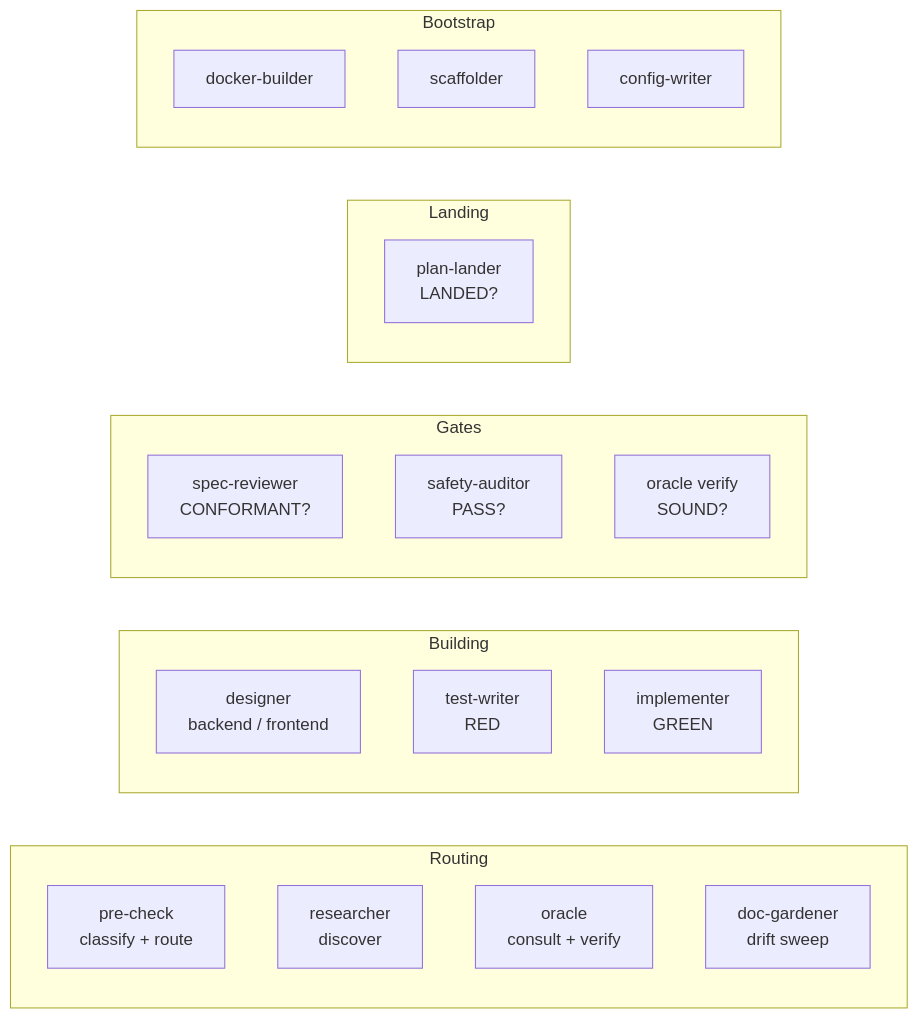
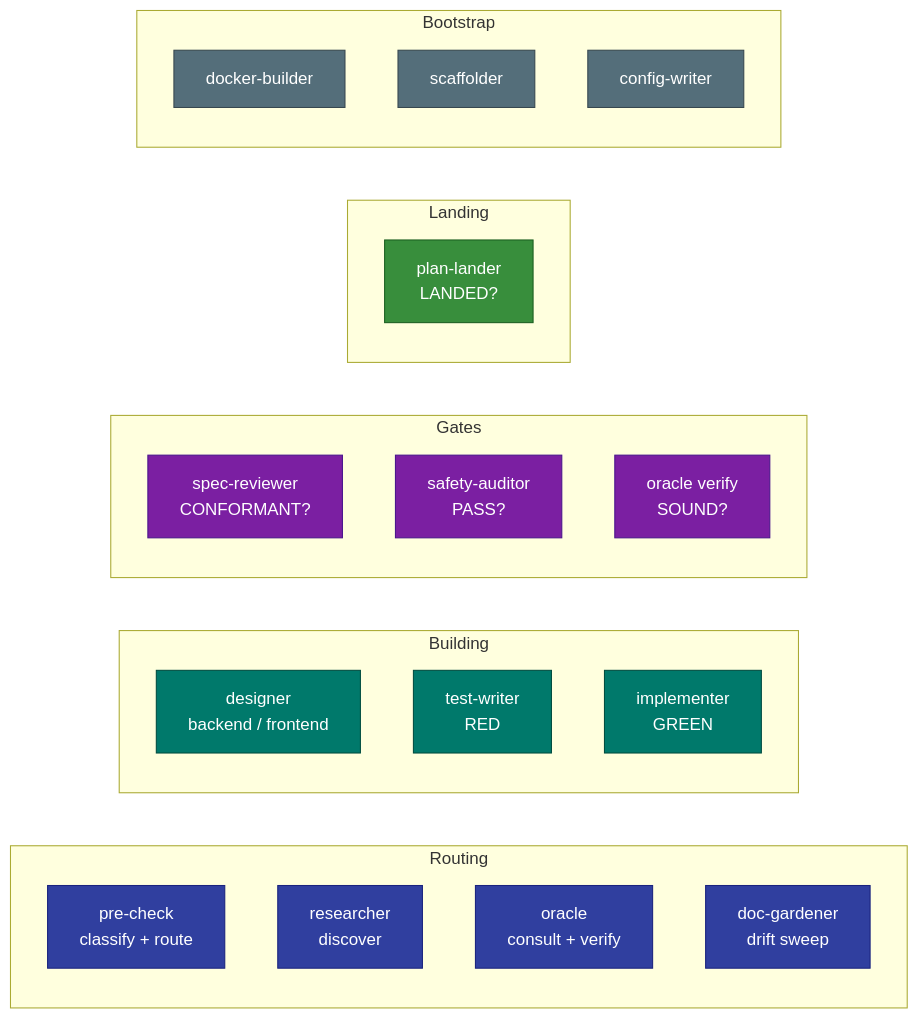
The second of 5 diagrams in docs/HOW-IT-WORKS.md (TejGandham/keel), drawn with Mermaid before and after one commit. The commit also changed other lines of this file and 2 other files, not shown here.

First line of the commit message:
docs: consistent saturated color palette across all Mermaid diagrams

````diff
--- a/docs/HOW-IT-WORKS.md
+++ b/docs/HOW-IT-WORKS.md
@@ -50,31 +60,46 @@
 ```mermaid
 graph LR
     subgraph Routing
         PC2[pre-check<br/>classify + route]
         RS[researcher<br/>discover]
         OR[oracle<br/>consult + verify]
         DG[doc-gardener<br/>drift sweep]
     end
 
     subgraph Building
         DE[designer<br/>backend / frontend]
         TW2[test-writer<br/>RED]
         IM[implementer<br/>GREEN]
     end
 
     subgraph Gates
         SR2[spec-reviewer<br/>CONFORMANT?]
         SA2[safety-auditor<br/>PASS?]
         OV2[oracle verify<br/>SOUND?]
     end
 
     subgraph Landing
         PL2[plan-lander<br/>LANDED?]
     end
 
     subgraph Bootstrap
         DB[docker-builder]
         SC[scaffolder]
         CW[config-writer]
     end
+
+    style PC2 fill:#303F9F,stroke:#1A237E,color:#fff
+    style RS fill:#303F9F,stroke:#1A237E,color:#fff
+    style OR fill:#303F9F,stroke:#1A237E,color:#fff
+    style DG fill:#303F9F,stroke:#1A237E,color:#fff
+    style DE fill:#00796B,stroke:#004D40,color:#fff
+    style TW2 fill:#00796B,stroke:#004D40,color:#fff
+    style IM fill:#00796B,stroke:#004D40,color:#fff
+    style SR2 fill:#7B1FA2,stroke:#4A148C,color:#fff
+    style SA2 fill:#7B1FA2,stroke:#4A148C,color:#fff
+    style OV2 fill:#7B1FA2,stroke:#4A148C,color:#fff
+    style PL2 fill:#388E3C,stroke:#1B5E20,color:#fff
+    style DB fill:#546E7A,stroke:#37474F,color:#fff
+    style SC fill:#546E7A,stroke:#37474F,color:#fff
+    style CW fill:#546E7A,stroke:#37474F,color:#fff
 ```
````
